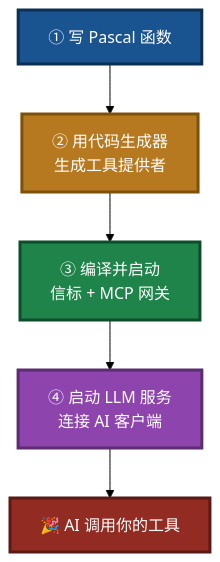
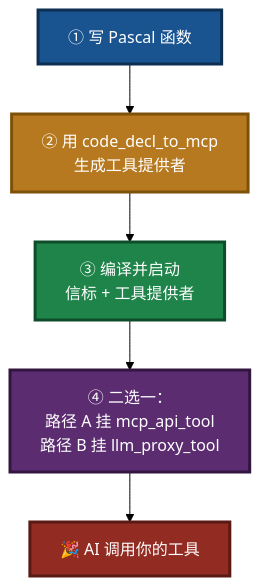
One commit to PassByYou888/LingoFuse-pasAgent changed the sixth of 9 diagrams in readme.md. Above: the diagram before and after it, drawn with Mermaid (forest theme). The commit also changed other lines of this file and 33 other files, not shown here.

````diff
--- a/readme.md
+++ b/readme.md
@@ -108,16 +206,16 @@
 ```mermaid
 flowchart TB
     S1["① 写 Pascal 函数"]
-    S2["② 用代码生成器<br/>生成工具提供者"]
-    S3["③ 编译并启动<br/>信标 + MCP 网关"]
-    S4["④ 启动 LLM 服务<br/>连接 AI 客户端"]
+    S2["② 用 code_decl_to_mcp<br/>生成工具提供者"]
+    S3["③ 编译并启动<br/>信标 + 工具提供者"]
+    S4["④ 二选一：<br/>路径 A 挂 mcp_api_tool<br/>路径 B 挂 llm_proxy_tool"]
     S5["🎉 AI 调用你的工具"]
 
     S1 --> S2 --> S3 --> S4 --> S5
 
     style S1 fill:#1A5490,stroke:#0D2F52,stroke-width:3px,color:#FFFFFF
     style S2 fill:#B7791F,stroke:#7E5109,stroke-width:3px,color:#FFFFFF
     style S3 fill:#1E8449,stroke:#0E4D2A,stroke-width:3px,color:#FFFFFF
-    style S4 fill:#8E44AD,stroke:#5B2C6F,stroke-width:3px,color:#FFFFFF
+    style S4 fill:#5B2C6F,stroke:#321640,stroke-width:3px,color:#FFFFFF
     style S5 fill:#922B21,stroke:#5A1A14,stroke-width:3px,color:#FFFFFF
 ```
````
